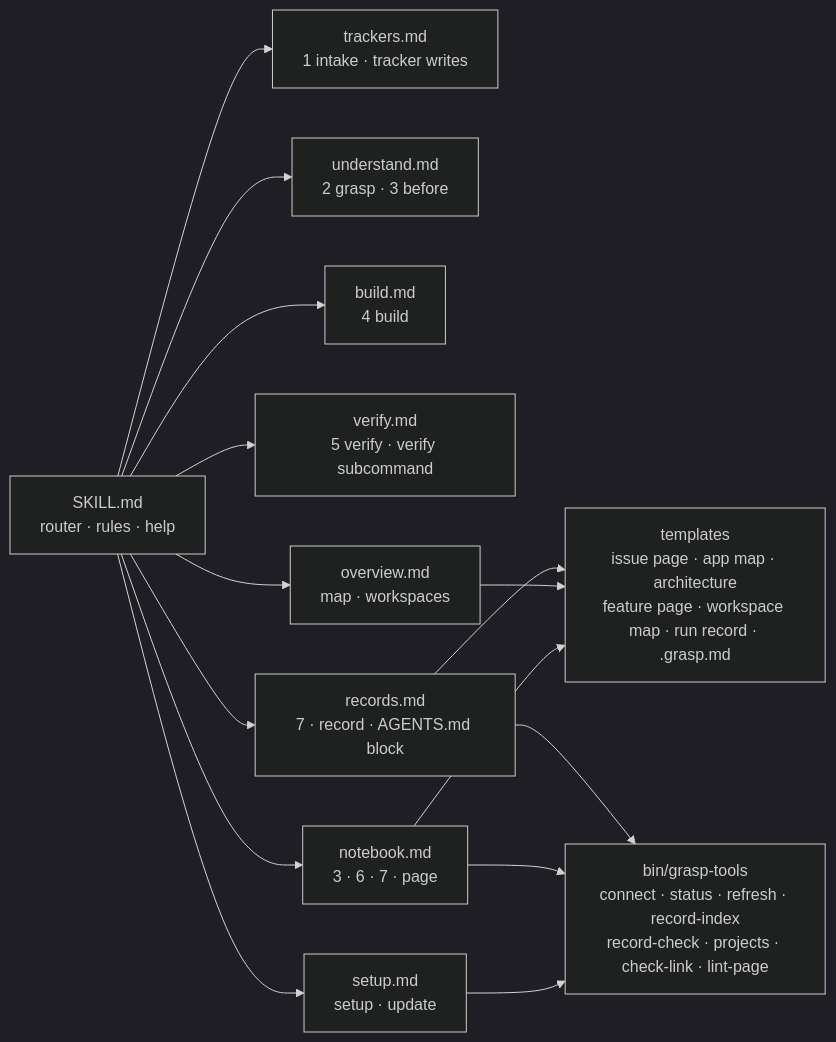
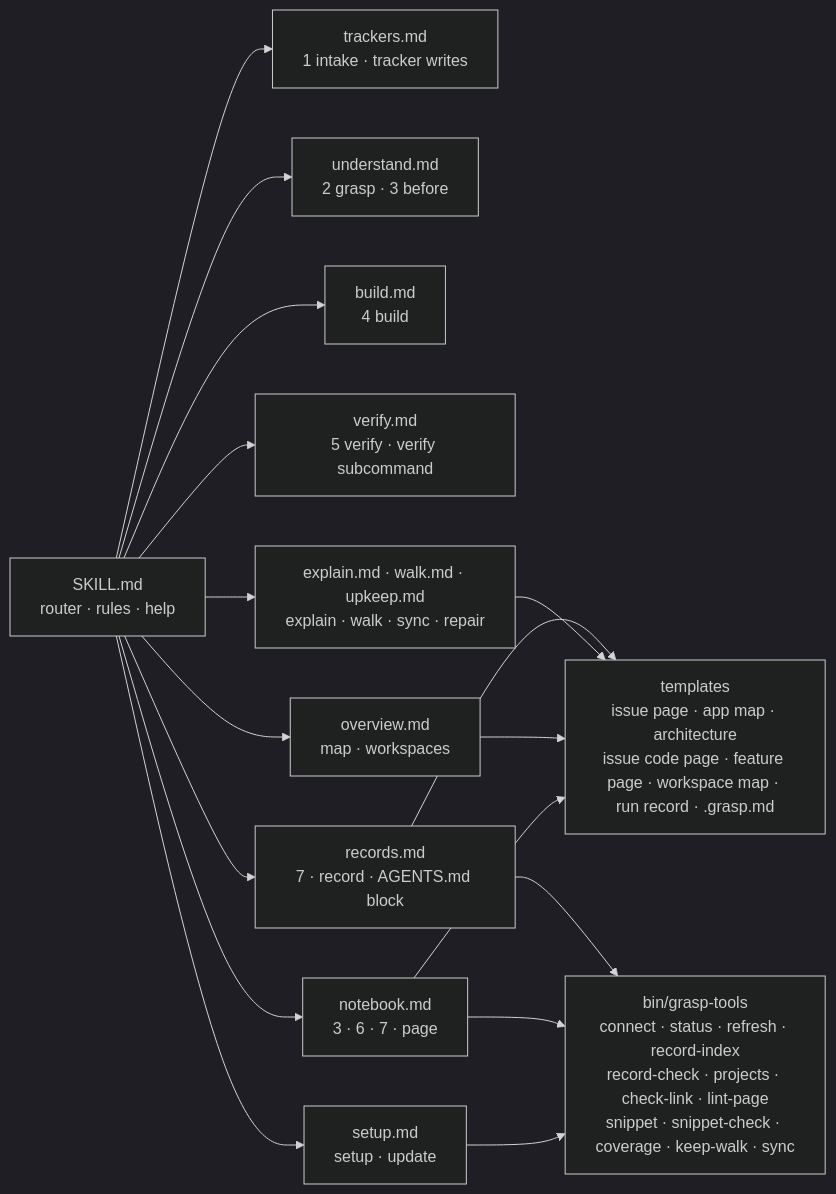
One commit to junrillg/grasp changed the third of 3 diagrams in README.md. Above: the diagram before and after it, drawn with Mermaid (dark theme). The commit also changed other lines of this file and 5 other files, not shown here.

````diff
--- a/README.md
+++ b/README.md
@@ -187,17 +207,19 @@
 ```mermaid
 flowchart LR
   S[SKILL.md<br/>router · rules · help] --> T[trackers.md<br/>1 intake · tracker writes]
   S --> U[understand.md<br/>2 grasp · 3 before]
   S --> B[build.md<br/>4 build]
   S --> V[verify.md<br/>5 verify · verify subcommand]
   S --> N[notebook.md<br/>3 · 6 · 7 · page]
   S --> R[records.md<br/>7 · record · AGENTS.md block]
   S --> O[overview.md<br/>map · workspaces]
+  S --> E[explain.md · walk.md · upkeep.md<br/>explain · walk · sync · repair]
   S --> SU[setup.md<br/>setup · update]
-  N --> P[templates<br/>issue page · app map · architecture<br/>feature page · workspace map · run record · .grasp.md]
+  N --> P[templates<br/>issue page · app map · architecture<br/>issue code page · feature page · workspace map · run record · .grasp.md]
   O --> P
+  E --> P
   R --> P
-  SU --> G[bin/grasp-tools<br/>connect · status · refresh · record-index<br/>record-check · projects · check-link · lint-page]
+  SU --> G[bin/grasp-tools<br/>connect · status · refresh · record-index<br/>record-check · projects · check-link · lint-page<br/>snippet · snippet-check · coverage · keep-walk · sync]
   N --> G
   R --> G
 ```
````
